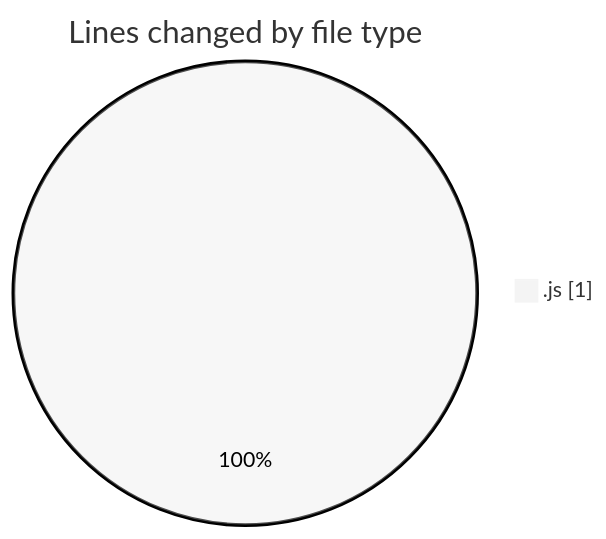
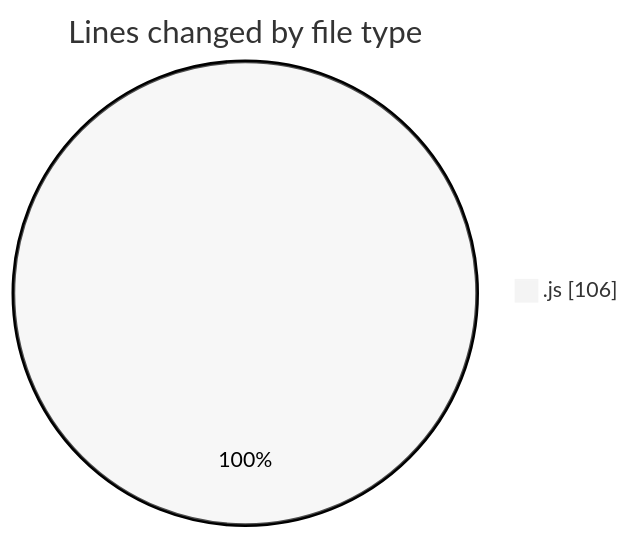
One commit to momahboobian/code-tracking changed the first of 2 diagrams in 2025-02-04/cda/README.md. Above: the diagram before and after it, drawn with Mermaid (neutral theme). The commit also changed other lines of this file and 1 other file, not shown here.

````diff
--- a/2025-02-04/cda/README.md
+++ b/2025-02-04/cda/README.md
@@ -20,5 +20,5 @@
 ```mermaid
 pie showData
 title Lines changed by file type
-".js" : 1
+".js" : 106
 ```
````
